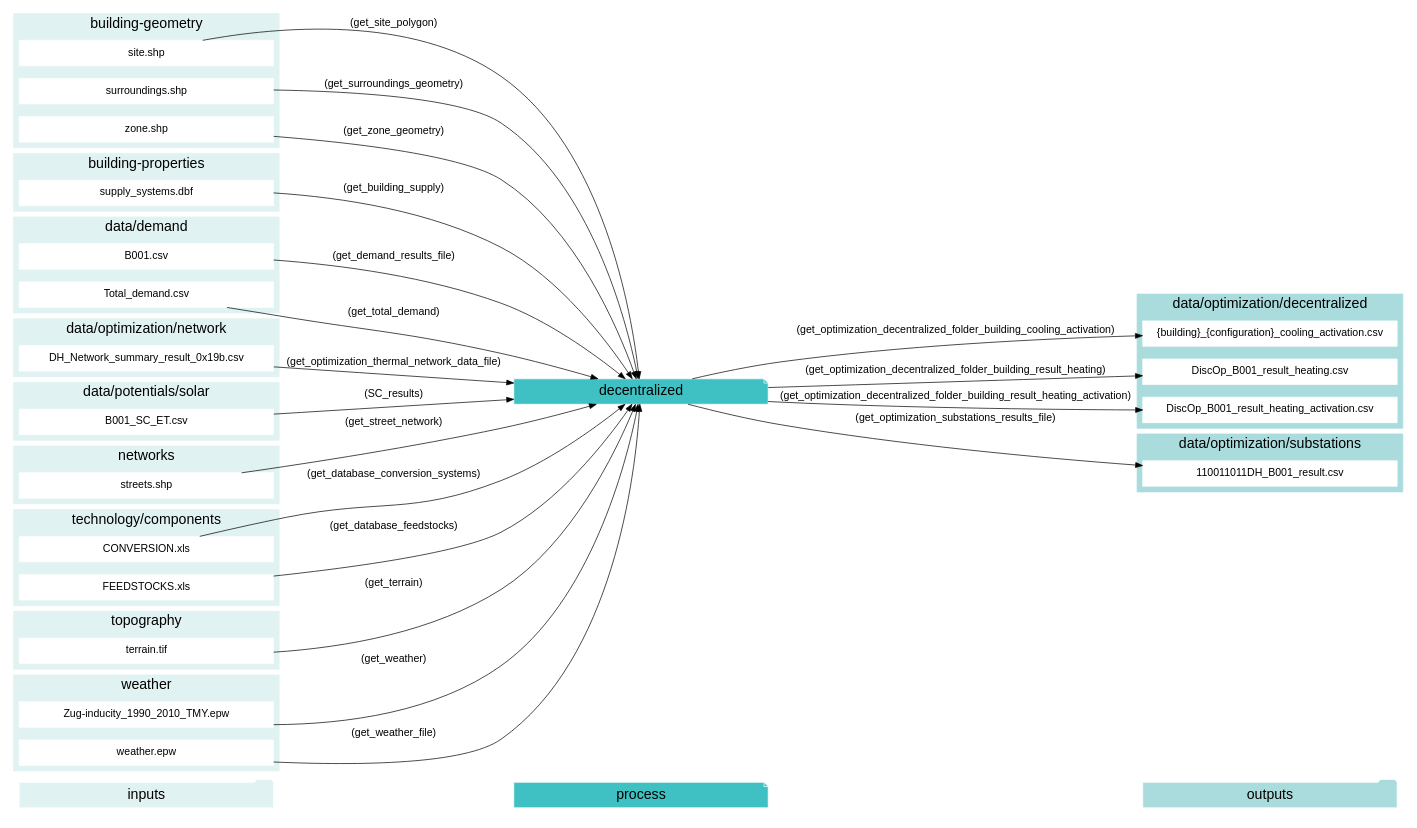
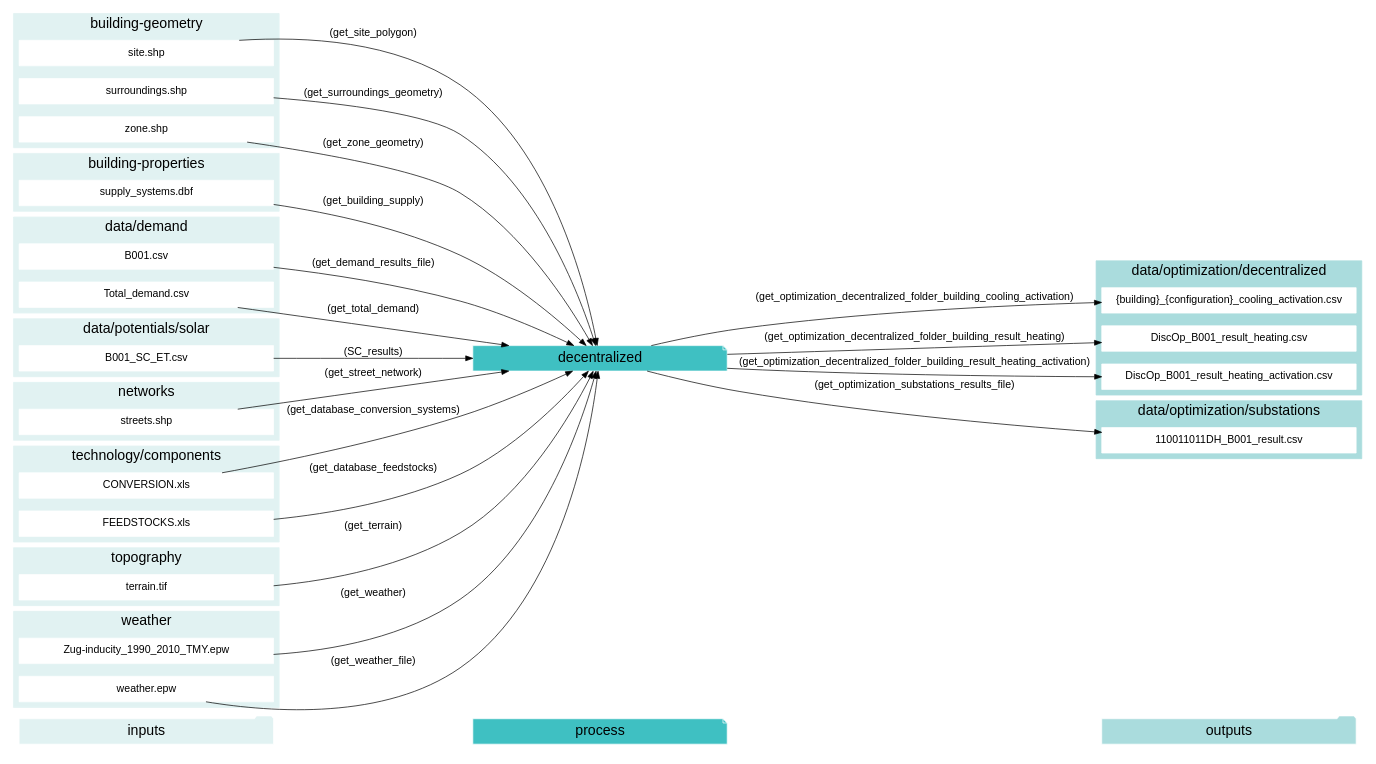
One commit to architecture-building-systems/CityEnergyAnalyst changed the third of 23 diagrams in docs/script-data-flow.rst. Above: the diagram before and after it, drawn with Graphviz. The commit also changed other lines of this file and 25 other files, not shown here.

Commit message:
working on the graphviz output

```diff
--- a/docs/script-data-flow.rst
+++ b/docs/script-data-flow.rst
@@ -264,15 +246,7 @@
         "DiscOp_B001_result_heating.csv"
         "DiscOp_B001_result_heating_activation.csv"
     }
-    subgraph cluster_4_in {
-        style = filled;
-        color = "#E1F2F2";
-        fontsize = 20;
-        rank=same;
-        label="data/optimization/network";
-        "DH_Network_summary_result_0x19b.csv"
-    }
-    subgraph cluster_5_out {
+    subgraph cluster_4_out {
         style = filled;
         color = "#aadcdd";
         fontsize = 20;
@@ -280,7 +254,7 @@
         label="data/optimization/substations";
         "110011011DH_B001_result.csv"
     }
-    subgraph cluster_6_in {
+    subgraph cluster_5_in {
         style = filled;
         color = "#E1F2F2";
         fontsize = 20;
@@ -288,7 +262,7 @@
         label="data/potentials/solar";
         "B001_SC_ET.csv"
     }
-    subgraph cluster_7_in {
+    subgraph cluster_6_in {
         style = filled;
         color = "#E1F2F2";
         fontsize = 20;
@@ -296,7 +270,7 @@
         label="networks";
         "streets.shp"
     }
-    subgraph cluster_8_in {
+    subgraph cluster_7_in {
         style = filled;
         color = "#E1F2F2";
         fontsize = 20;
@@ -305,7 +279,7 @@
         "CONVERSION.xls"
         "FEEDSTOCKS.xls"
     }
-    subgraph cluster_9_in {
+    subgraph cluster_8_in {
         style = filled;
         color = "#E1F2F2";
         fontsize = 20;
@@ -313,7 +287,7 @@
         label="topography";
         "terrain.tif"
     }
-    subgraph cluster_10_in {
+    subgraph cluster_9_in {
         style = filled;
         color = "#E1F2F2";
         fontsize = 20;
@@ -327,7 +301,6 @@
     "CONVERSION.xls" -> "decentralized"[label="(get_database_conversion_systems)"]
     "FEEDSTOCKS.xls" -> "decentralized"[label="(get_database_feedstocks)"]
     "B001.csv" -> "decentralized"[label="(get_demand_results_file)"]
-    "DH_Network_summary_result_0x19b.csv" -> "decentralized"[label="(get_optimization_thermal_network_data_file)"]
     "site.shp" -> "decentralized"[label="(get_site_polygon)"]
     "streets.shp" -> "decentralized"[label="(get_street_network)"]
     "surroundings.shp" -> "decentralized"[label="(get_surroundings_geometry)"]
```
